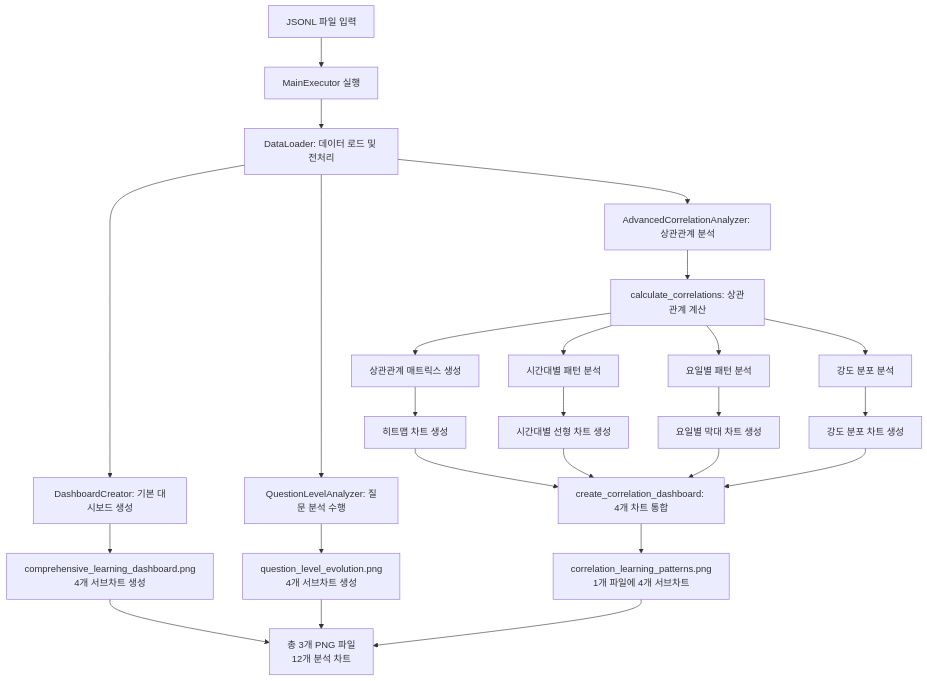
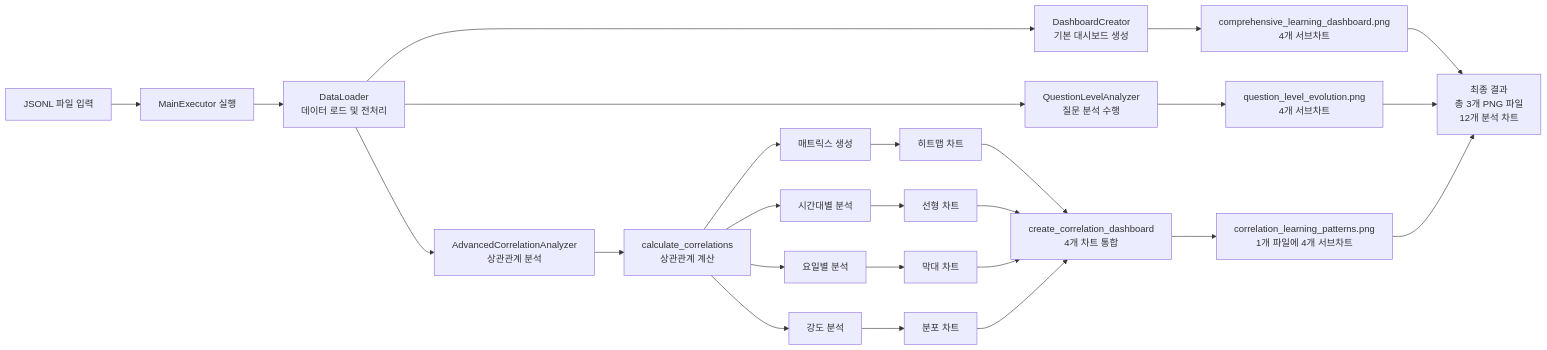
Before and after one commit to 2574895/DataAnalysis_PF: the second of 2 diagrams in README.md, drawn with Mermaid.

Commit message:
docs: 데이터 처리 플로우 다이어그램을 좌우 방향으로 재구성
- graph TD → graph LR: 상하 방향에서 좌우 방향으로 변경
- C, F, G 노드 명확화:
  - C: DataLoader (데이터 로드 및 전처리)
  - F: comprehensive_learning_dashboard.png (4개 서브차트)
  - G: question_level_evolution.png (4개 서브차트)
- 각 노드 라벨을 줄바꿈으로 정리하여 가독성 향상
- 데이터 흐름을 더 직관적으로 시각화

````diff
--- a/README.md
+++ b/README.md
@@ -123,35 +123,31 @@
 ```mermaid
-graph TD
+graph LR
     A[JSONL 파일 입력] --> B[MainExecutor 실행]
 
-    B --> C[DataLoader: 데이터 로드 및 전처리]
-    C --> D[DashboardCreator: 기본 대시보드 생성]
-    C --> E[QuestionLevelAnalyzer: 질문 분석 수행]
+    B --> C[DataLoader<br/>데이터 로드 및 전처리]
 
-    D --> F[comprehensive_learning_dashboard.png<br/>4개 서브차트 생성]
-    E --> G[question_level_evolution.png<br/>4개 서브차트 생성]
+    C --> D[DashboardCreator<br/>기본 대시보드 생성]
+    C --> E[QuestionLevelAnalyzer<br/>질문 분석 수행]
+    C --> H[AdvancedCorrelationAnalyzer<br/>상관관계 분석]
 
-    C --> H[AdvancedCorrelationAnalyzer: 상관관계 분석]
-    H --> I[calculate_correlations: 상관관계 계산]
+    D --> F[comprehensive_learning_dashboard.png<br/>4개 서브차트]
+    E --> G[question_level_evolution.png<br/>4개 서브차트]
 
-    I --> M[상관관계 매트릭스 생성]
-    I --> N[시간대별 패턴 분석]
-    I --> O[요일별 패턴 분석]
-    I --> P[강도 분포 분석]
+    H --> I[calculate_correlations<br/>상관관계 계산]
 
-    M --> Q[히트맵 차트 생성]
-    N --> R[시간대별 선형 차트 생성]
-    O --> S[요일별 막대 차트 생성]
-    P --> T[강도 분포 차트 생성]
+    I --> M[매트릭스 생성] --> Q[히트맵 차트]
+    I --> N[시간대별 분석] --> R[선형 차트]
+    I --> O[요일별 분석] --> S[막대 차트]
+    I --> P[강도 분석] --> T[분포 차트]
 
-    Q --> J[create_correlation_dashboard: 4개 차트 통합]
+    Q --> J[create_correlation_dashboard<br/>4개 차트 통합]
     R --> J
     S --> J
     T --> J
 
     J --> K[correlation_learning_patterns.png<br/>1개 파일에 4개 서브차트]
 
-    F --> L[총 3개 PNG 파일<br/>12개 분석 차트]
+    F --> L[최종 결과<br/>총 3개 PNG 파일<br/>12개 분석 차트]
     G --> L
     K --> L
 ```
````
